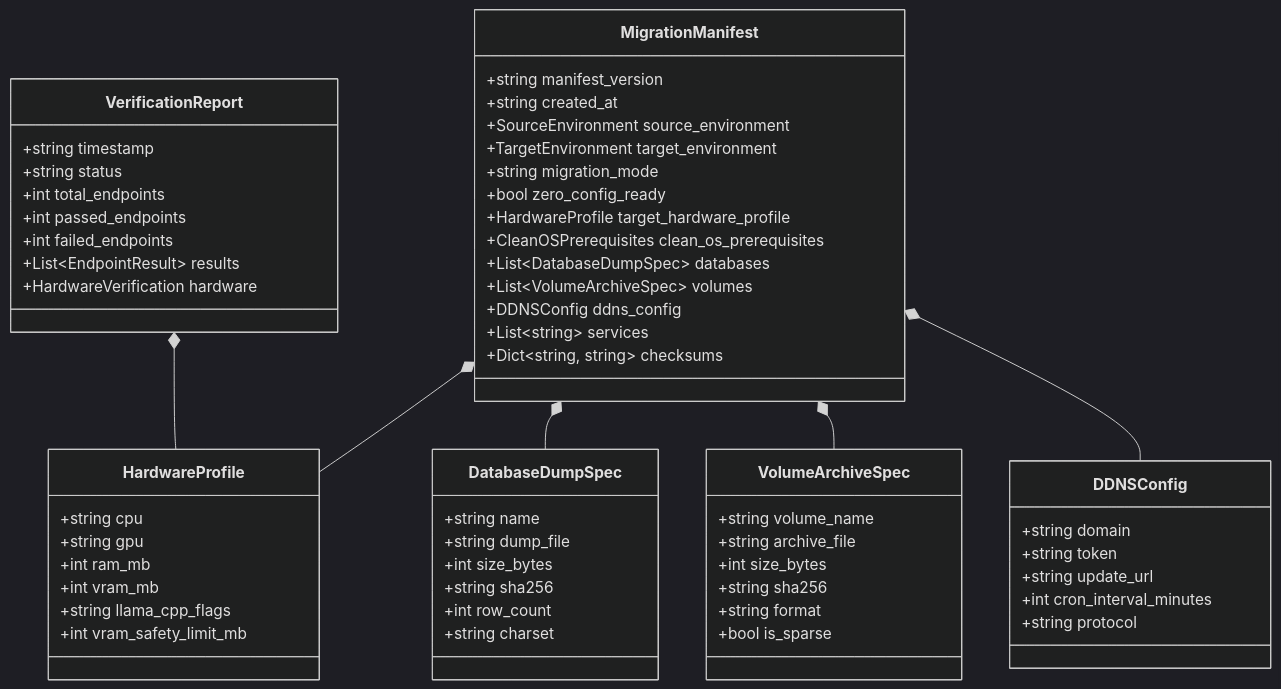
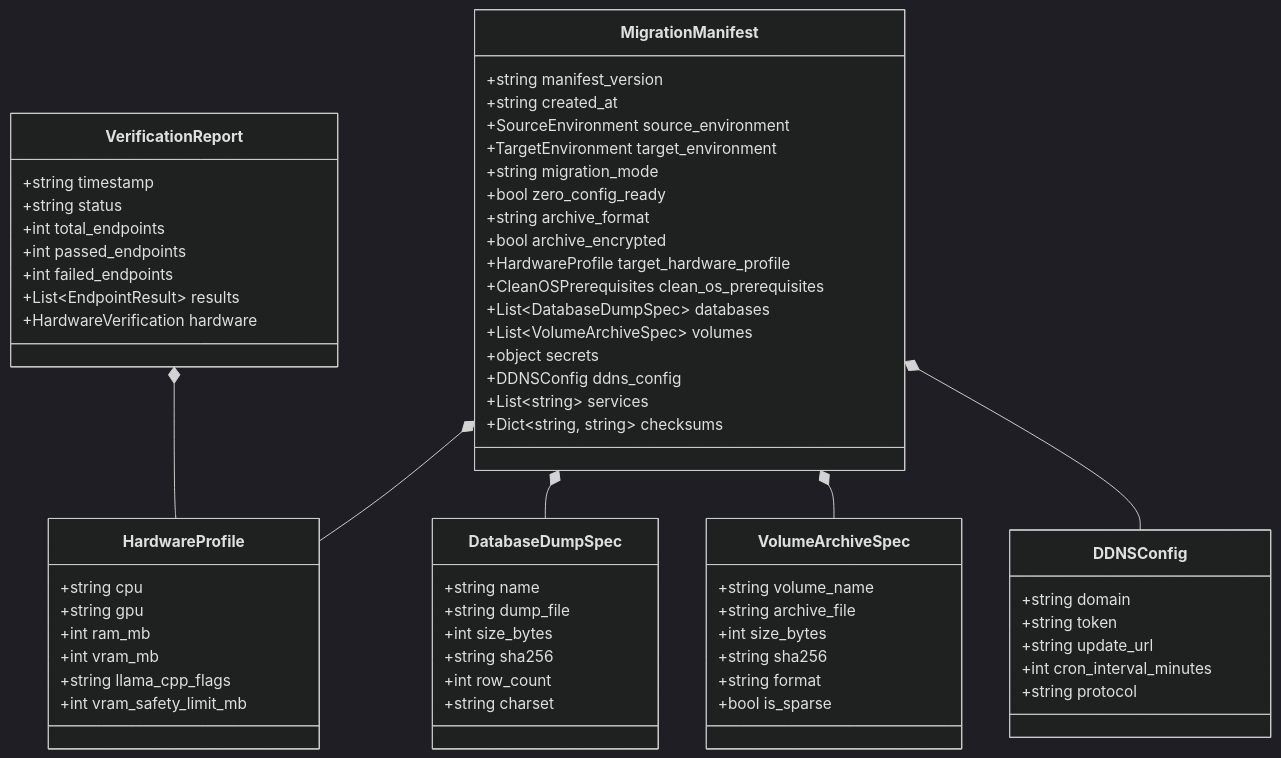
Before and after one commit to Ezenitac-AiService/AISERVICE: the first of 2 diagrams in specs/043-docker-volume-ubuntu-migration-pack/data-model.md, drawn with Mermaid (dark theme). The commit also changed other lines of this file and 30 other files, not shown here.

````diff
--- a/specs/043-docker-volume-ubuntu-migration-pack/data-model.md
+++ b/specs/043-docker-volume-ubuntu-migration-pack/data-model.md
@@ -11,69 +11,72 @@
 ```mermaid
 classDiagram
     class MigrationManifest {
         +string manifest_version
         +string created_at
         +SourceEnvironment source_environment
         +TargetEnvironment target_environment
         +string migration_mode
         +bool zero_config_ready
+        +string archive_format
+        +bool archive_encrypted
         +HardwareProfile target_hardware_profile
         +CleanOSPrerequisites clean_os_prerequisites
         +List~DatabaseDumpSpec~ databases
         +List~VolumeArchiveSpec~ volumes
+        +object secrets
         +DDNSConfig ddns_config
         +List~string~ services
         +Dict~string, string~ checksums
     }
 
     class HardwareProfile {
         +string cpu
         +string gpu
         +int ram_mb
         +int vram_mb
         +string llama_cpp_flags
         +int vram_safety_limit_mb
     }
 
     class DatabaseDumpSpec {
         +string name
         +string dump_file
         +int size_bytes
         +string sha256
         +int row_count
         +string charset
     }
 
     class VolumeArchiveSpec {
         +string volume_name
         +string archive_file
         +int size_bytes
         +string sha256
         +string format
         +bool is_sparse
     }
 
     class DDNSConfig {
         +string domain
         +string token
         +string update_url
         +int cron_interval_minutes
         +string protocol
     }
 
     class VerificationReport {
         +string timestamp
         +string status
         +int total_endpoints
         +int passed_endpoints
         +int failed_endpoints
         +List~EndpointResult~ results
         +HardwareVerification hardware
     }
 
     MigrationManifest *-- HardwareProfile
     MigrationManifest *-- DatabaseDumpSpec
     MigrationManifest *-- VolumeArchiveSpec
     MigrationManifest *-- DDNSConfig
     VerificationReport *-- HardwareProfile
 ```
````
